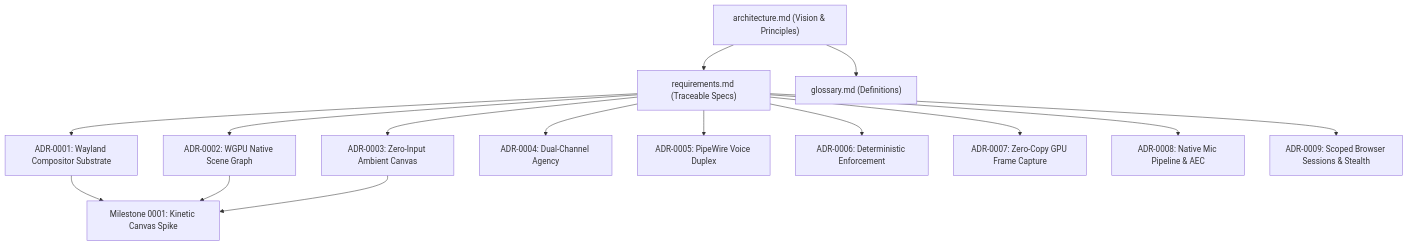
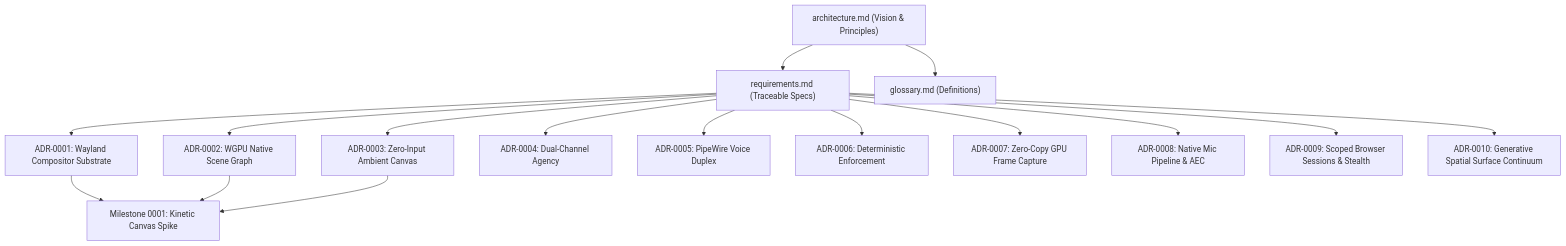
The diagram in docs/doc-progress.md (cse-creative-systems-engineering/arc), drawn with Mermaid before and after one commit. The commit also changed other lines of this file and 5 other files, not shown here.

Commit message:
docs: codify Generative Spatial Surface Continuum and Post-Application OS architecture (ADR-0010)

````diff
--- a/docs/doc-progress.md
+++ b/docs/doc-progress.md
@@ -54,33 +55,35 @@
 ```mermaid
 graph TD
     ARCH["architecture.md (Vision & Principles)"]
     REQ["requirements.md (Traceable Specs)"]
     GLOSS["glossary.md (Definitions)"]
 
     ADR01["ADR-0001: Wayland Compositor Substrate"]
     ADR02["ADR-0002: WGPU Native Scene Graph"]
     ADR03["ADR-0003: Zero-Input Ambient Canvas"]
     ADR04["ADR-0004: Dual-Channel Agency"]
     ADR05["ADR-0005: PipeWire Voice Duplex"]
     ADR06["ADR-0006: Deterministic Enforcement"]
     ADR07["ADR-0007: Zero-Copy GPU Frame Capture"]
     ADR08["ADR-0008: Native Mic Pipeline & AEC"]
     ADR09["ADR-0009: Scoped Browser Sessions & Stealth"]
+    ADR10["ADR-0010: Generative Spatial Surface Continuum"]
 
     M01["Milestone 0001: Kinetic Canvas Spike"]
 
     ARCH --> REQ
     ARCH --> GLOSS
     REQ --> ADR01
     REQ --> ADR02
     REQ --> ADR03
     REQ --> ADR04
     REQ --> ADR05
     REQ --> ADR06
     REQ --> ADR07
     REQ --> ADR08
     REQ --> ADR09
+    REQ --> ADR10
     ADR01 --> M01
     ADR02 --> M01
     ADR03 --> M01
 ```
````
